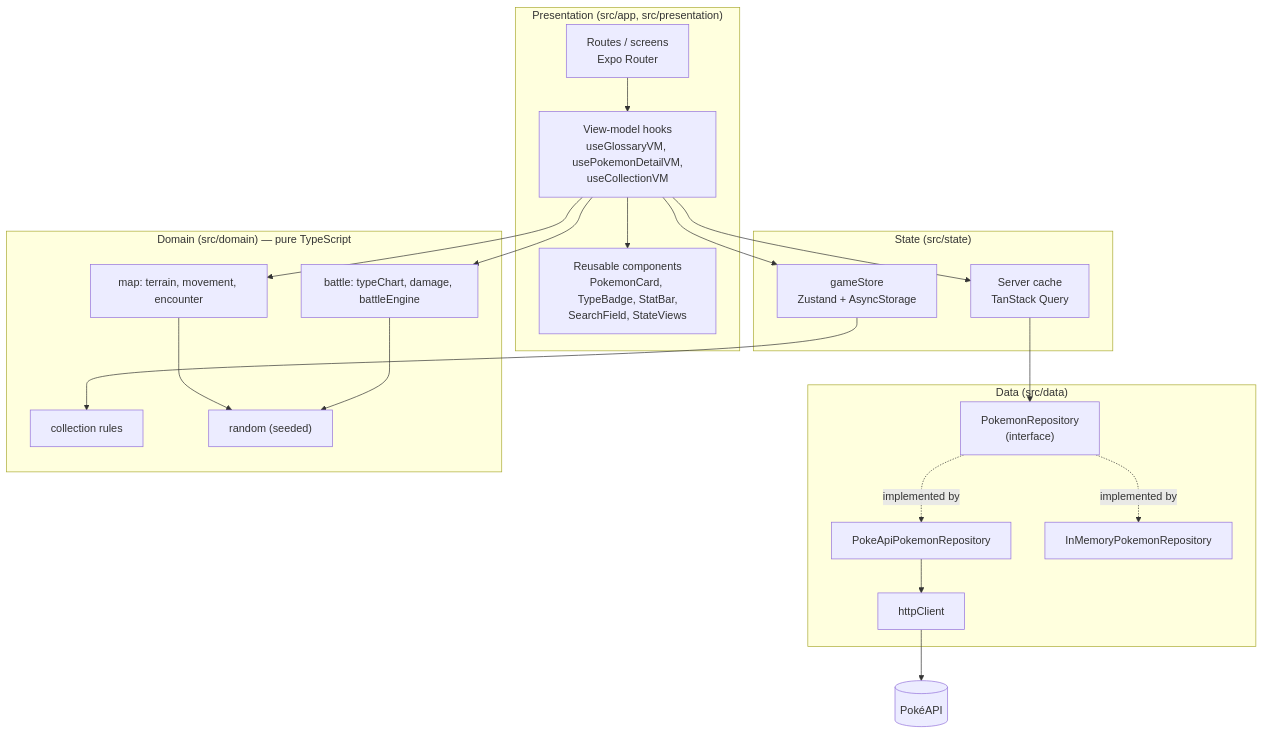
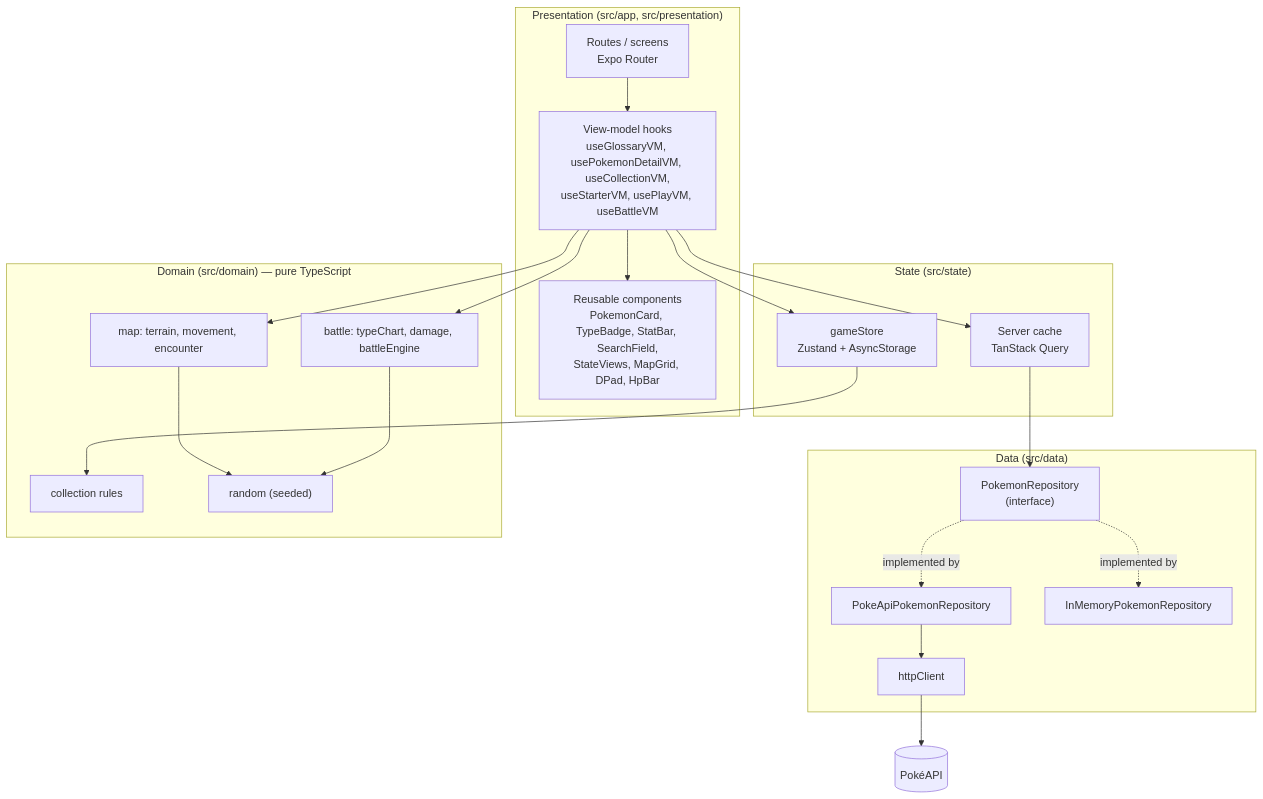
The first of 3 diagrams in docs/ARCHITECTURE.md (agusnuryady/pokedex-quest), drawn with Mermaid before and after one commit. The commit also changed other lines of this file and 26 other files, not shown here.

Commit message:
feat: play map, starter pick and battles

````diff
--- a/docs/ARCHITECTURE.md
+++ b/docs/ARCHITECTURE.md
@@ -18,35 +18,35 @@
 ```mermaid
 flowchart TD
     subgraph Presentation["Presentation (src/app, src/presentation)"]
         Routes["Routes / screens<br/>Expo Router"]
-        VM["View-model hooks<br/>useGlossaryVM, usePokemonDetailVM,<br/>useCollectionVM"]
-        UI["Reusable components<br/>PokemonCard, TypeBadge, StatBar,<br/>SearchField, StateViews"]
+        VM["View-model hooks<br/>useGlossaryVM, usePokemonDetailVM, useCollectionVM,<br/>useStarterVM, usePlayVM, useBattleVM"]
+        UI["Reusable components<br/>PokemonCard, TypeBadge, StatBar, SearchField,<br/>StateViews, MapGrid, DPad, HpBar"]
     end
     subgraph State["State (src/state)"]
         Store["gameStore<br/>Zustand + AsyncStorage"]
         Query["Server cache<br/>TanStack Query"]
     end
     subgraph Data["Data (src/data)"]
         Repo["PokemonRepository<br/>(interface)"]
         Api["PokeApiPokemonRepository"]
         Mock["InMemoryPokemonRepository"]
         Http["httpClient"]
     end
     subgraph Domain["Domain (src/domain) — pure TypeScript"]
         Map["map: terrain, movement, encounter"]
         Battle["battle: typeChart, damage, battleEngine"]
         Coll["collection rules"]
         Rng["random (seeded)"]
     end
 
     Routes --> VM --> UI
     VM --> Store
     VM --> Query --> Repo
     Repo -.implemented by.-> Api --> Http --> PokeAPI[(PokéAPI)]
     Repo -.implemented by.-> Mock
     Store --> Coll
     VM --> Map
     VM --> Battle
     Map --> Rng
     Battle --> Rng
 ```
````
